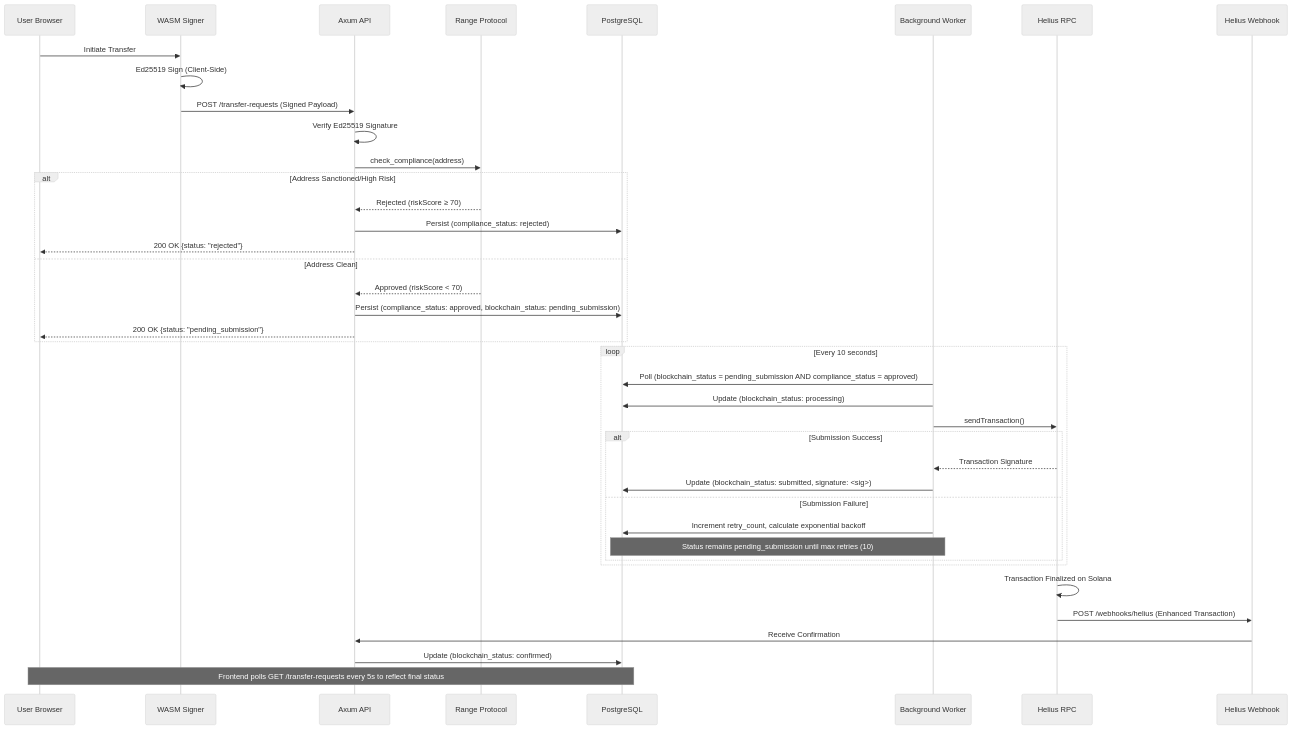
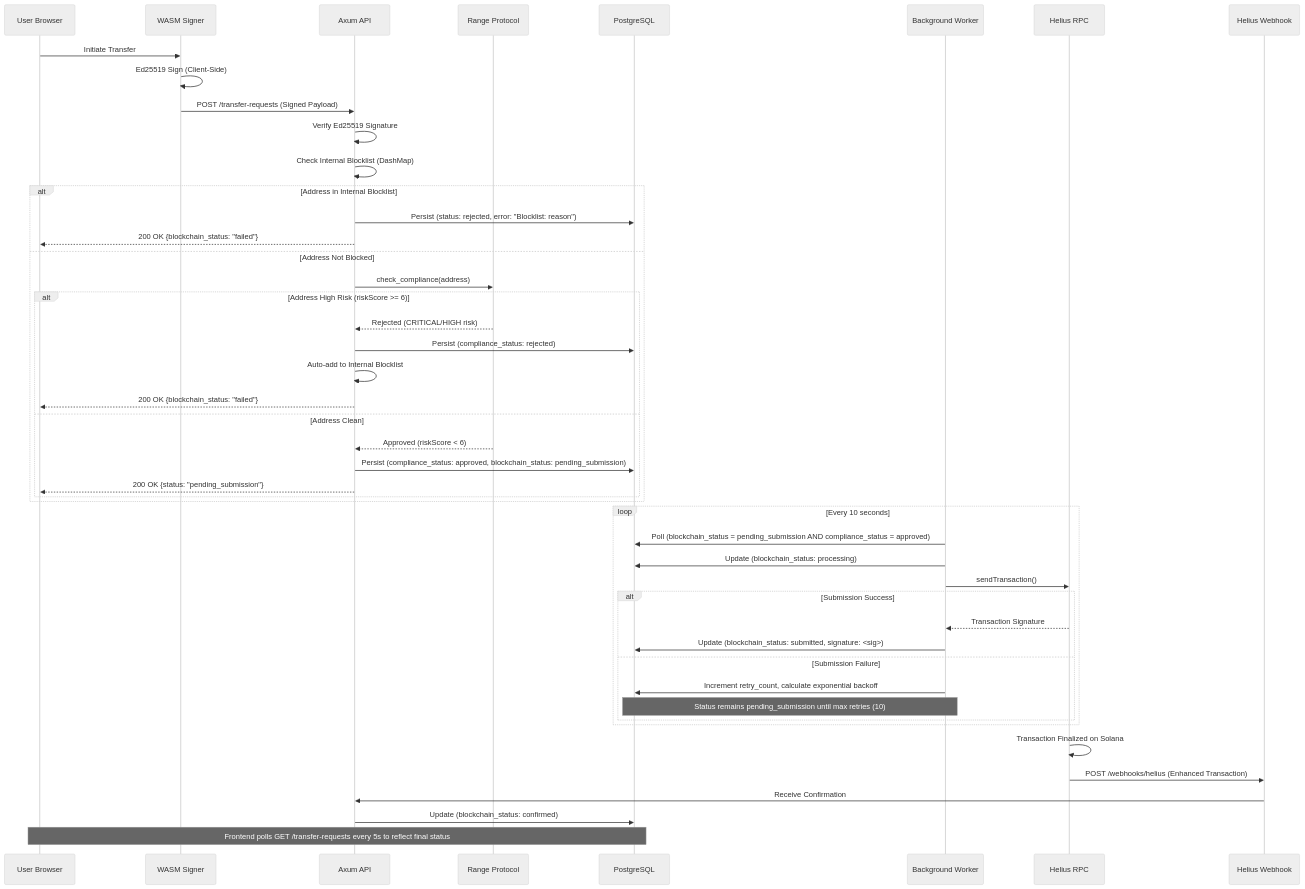
Before and after one commit to Berektassuly/solana-compliance-relayer: the diagram in README.md, drawn with Mermaid (neutral theme). The commit also changed other lines of this file, not shown here.

Commit message:
docs: update mermaid and key features table

````diff
--- a/README.md
+++ b/README.md
@@ -135,49 +135,56 @@
 ```mermaid
 sequenceDiagram
     participant User as User Browser
     participant WASM as WASM Signer
     participant API as Axum API
     participant Range as Range Protocol
     participant DB as PostgreSQL
     participant Worker as Background Worker
     participant Helius as Helius RPC
     participant Webhook as Helius Webhook
 
     User->>WASM: Initiate Transfer
     WASM->>WASM: Ed25519 Sign (Client-Side)
     WASM->>API: POST /transfer-requests (Signed Payload)
     
     API->>API: Verify Ed25519 Signature
-    API->>Range: check_compliance(address)
+    API->>API: Check Internal Blocklist (DashMap)
     
-    alt Address Sanctioned/High Risk
-        Range-->>API: Rejected (riskScore ≥ 70)
-        API->>DB: Persist (compliance_status: rejected)
-        API-->>User: 200 OK {status: "rejected"}
-    else Address Clean
-        Range-->>API: Approved (riskScore < 70)
-        API->>DB: Persist (compliance_status: approved, blockchain_status: pending_submission)
-        API-->>User: 200 OK {status: "pending_submission"}
+    alt Address in Internal Blocklist
+        API->>DB: Persist (status: rejected, error: "Blocklist: reason")
+        API-->>User: 200 OK {blockchain_status: "failed"}
+    else Address Not Blocked
+        API->>Range: check_compliance(address)
+        alt Address High Risk (riskScore >= 6)
+            Range-->>API: Rejected (CRITICAL/HIGH risk)
+            API->>DB: Persist (compliance_status: rejected)
+            API->>API: Auto-add to Internal Blocklist
+            API-->>User: 200 OK {blockchain_status: "failed"}
+        else Address Clean
+            Range-->>API: Approved (riskScore < 6)
+            API->>DB: Persist (compliance_status: approved, blockchain_status: pending_submission)
+            API-->>User: 200 OK {status: "pending_submission"}
+        end
     end
 
     loop Every 10 seconds
         Worker->>DB: Poll (blockchain_status = pending_submission AND compliance_status = approved)
         Worker->>DB: Update (blockchain_status: processing)
         Worker->>Helius: sendTransaction()
         
         alt Submission Success
             Helius-->>Worker: Transaction Signature
             Worker->>DB: Update (blockchain_status: submitted, signature: <sig>)
         else Submission Failure
             Worker->>DB: Increment retry_count, calculate exponential backoff
             Note over Worker,DB: Status remains pending_submission until max retries (10)
         end
     end
 
     Helius->>Helius: Transaction Finalized on Solana
     Helius->>Webhook: POST /webhooks/helius (Enhanced Transaction)
     Webhook->>API: Receive Confirmation
     API->>DB: Update (blockchain_status: confirmed)
     
     Note over User,DB: Frontend polls GET /transfer-requests every 5s to reflect final status
 ```
````
